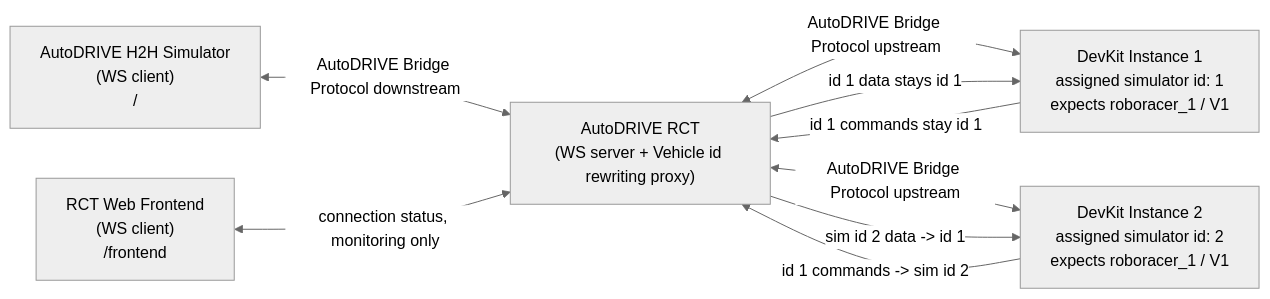
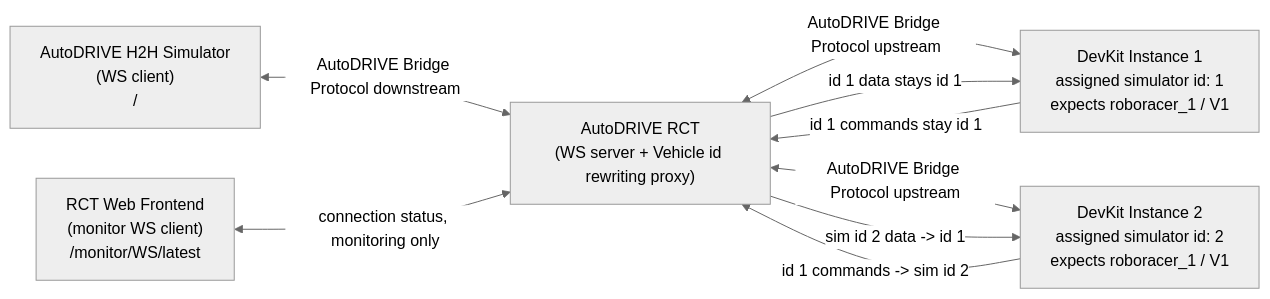
Before and after one commit to jooncheol/AutoDRIVE-Race-Control-Tower: the first of 2 diagrams in README.md, drawn with Mermaid (neutral theme). The commit also changed other lines of this file and 12 other files, not shown here.

````diff
--- a/README.md
+++ b/README.md
@@ -7,18 +7,18 @@
 ```mermaid
 flowchart LR
     sim["AutoDRIVE H2H Simulator<br/>(WS client)<br/>/"]
     rct["AutoDRIVE RCT<br/>(WS server + Vehicle id rewriting proxy)"]
-    ui["RCT Web Frontend<br/>(WS client)<br/>/frontend"]
+    ui["RCT Web Frontend<br/>(monitor WS client)<br/>/monitor/WS/latest"]
     dk1["DevKit Instance 1<br/>assigned simulator id: 1<br/>expects roboracer_1 / V1"]
     dk2["DevKit Instance 2<br/>assigned simulator id: 2<br/>expects roboracer_1 / V1"]
 
     sim <-->|"AutoDRIVE Bridge Protocol downstream"| rct
     ui <-->|"connection status, monitoring only"| rct
     rct <-->|"AutoDRIVE Bridge Protocol upstream"| dk1
     rct <-->|"AutoDRIVE Bridge Protocol upstream"| dk2
 
     rct -->|"id 1 data stays id 1"| dk1
     dk1 -->|"id 1 commands stay id 1"| rct
     rct -->|"sim id 2 data -> id 1"| dk2
     dk2 -->|"id 1 commands -> sim id 2"| rct
 ```
````
